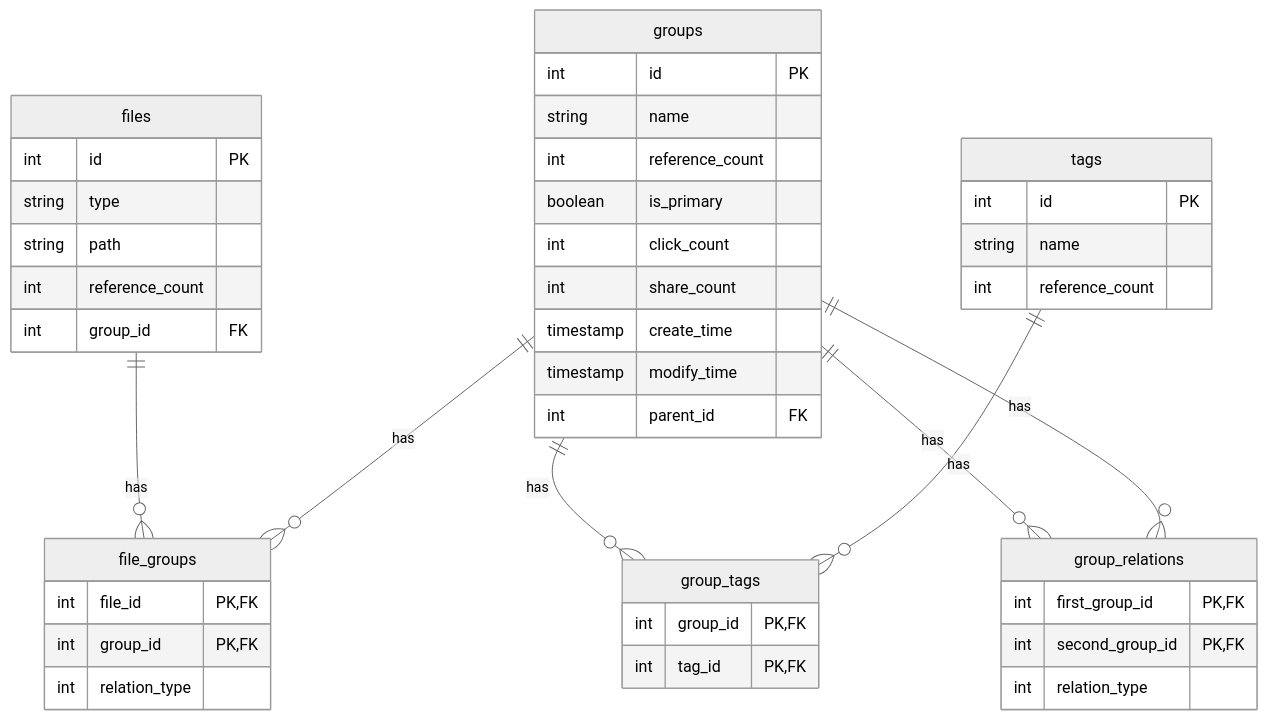
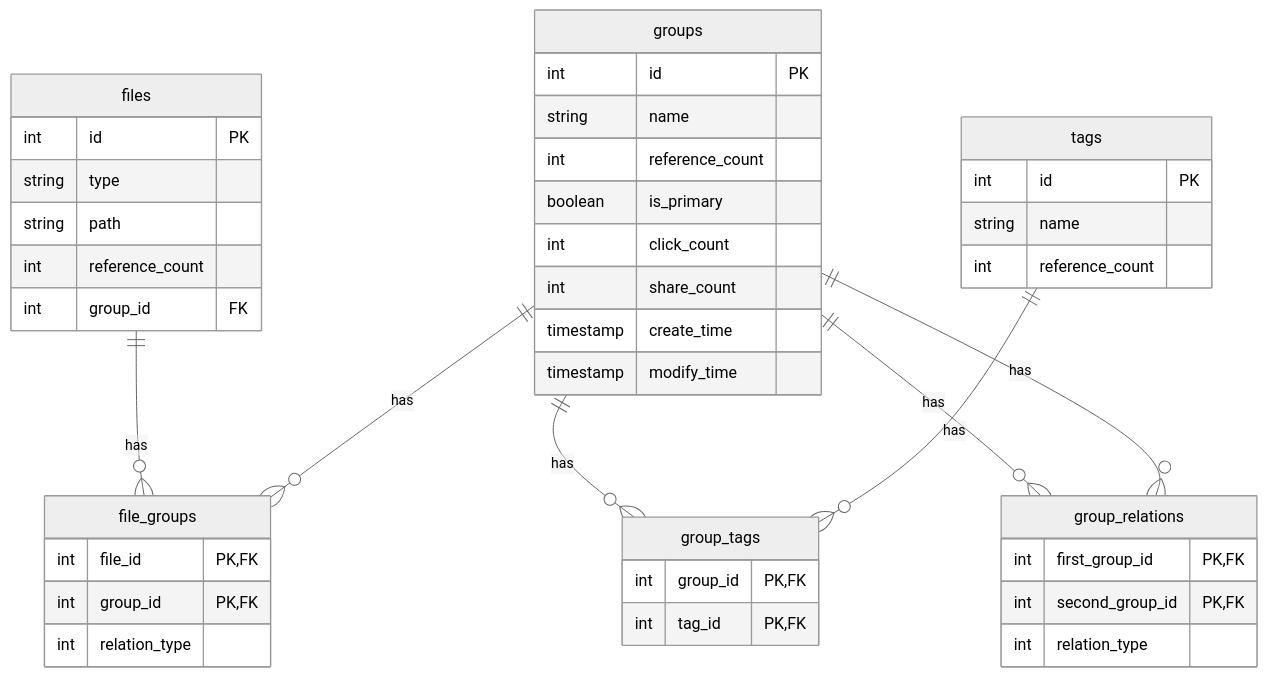
Before and after one commit to DataEraserC/FileClassificationSolutions: the diagram in docs/project_structure.md, drawn with Mermaid (neutral theme). The commit also changed 18 other files, not shown here.

````diff
--- a/docs/project_structure.md
+++ b/docs/project_structure.md
@@ -305,52 +305,51 @@
 ```mermaid
 erDiagram
     files ||--o{ file_groups : has
     groups ||--o{ file_groups : has
     groups ||--o{ group_tags : has
     tags ||--o{ group_tags : has
     groups ||--o{ group_relations : has
     groups ||--o{ group_relations : has
     
     files {
         int id PK
         string type
         string path
         int reference_count
         int group_id FK
     }
     
     groups {
         int id PK
         string name
         int reference_count
         boolean is_primary
         int click_count
         int share_count
         timestamp create_time
         timestamp modify_time
-        int parent_id FK
     }
     
     file_groups {
         int file_id PK,FK
         int group_id PK,FK
         int relation_type
     }
     
     tags {
         int id PK
         string name
         int reference_count
     }
     
     group_tags {
         int group_id PK,FK
         int tag_id PK,FK
     }
     
     group_relations {
         int first_group_id PK,FK
         int second_group_id PK,FK
         int relation_type
     }
 ```
````
